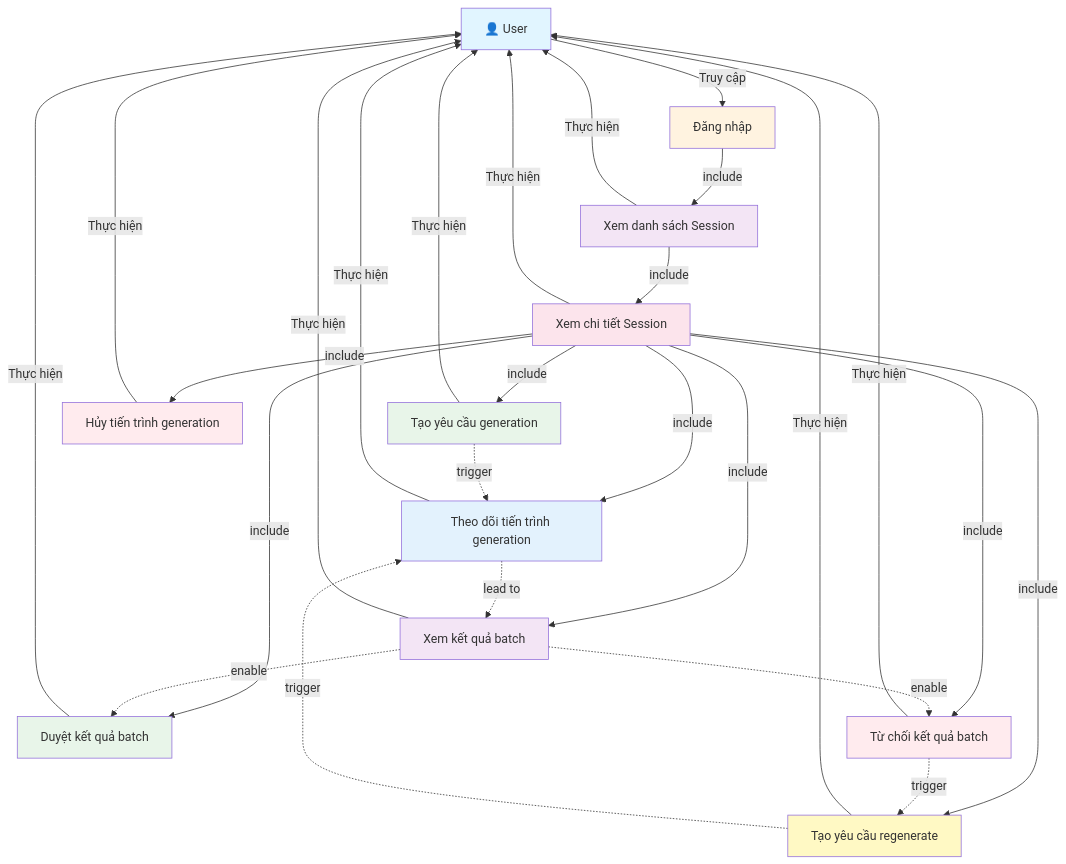
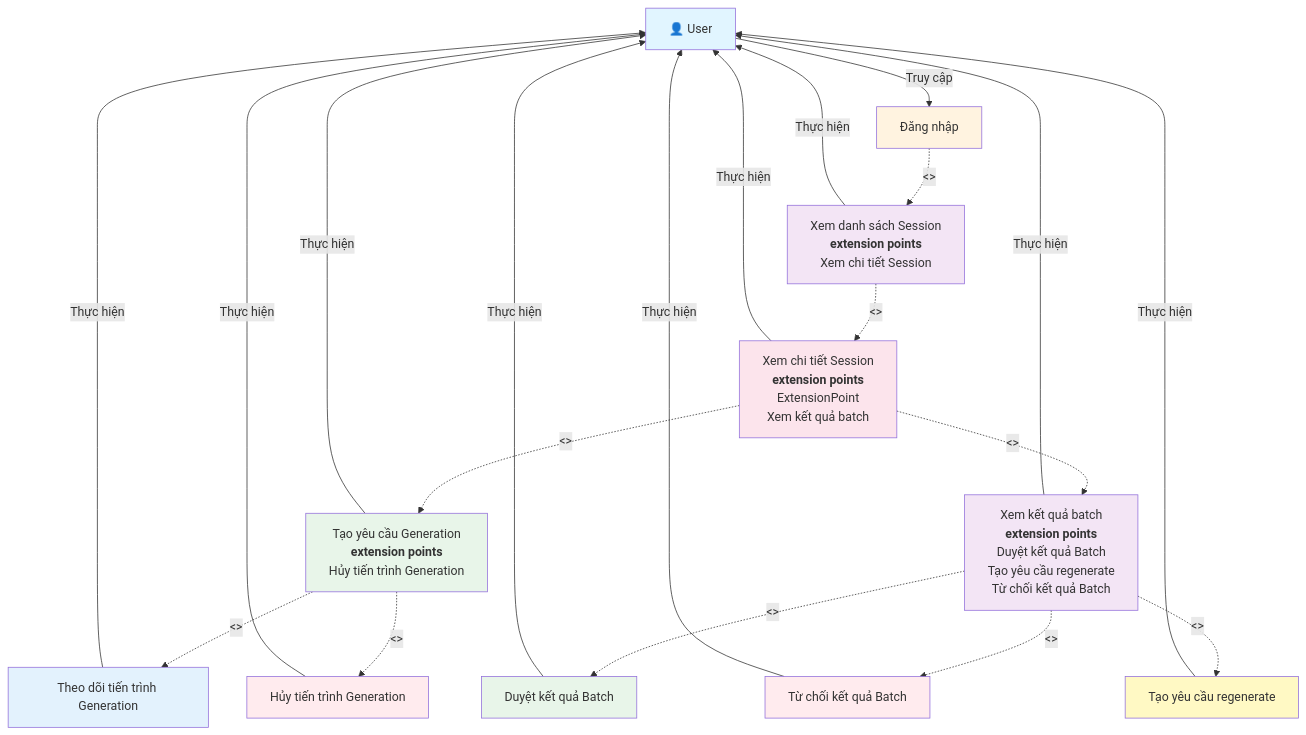
Before and after one commit to mduc-2610/gp_doc: the diagram in generation/1_generation_batch_usecase.md, drawn with Mermaid. The commit also changed other lines of this file and 11 other files, not shown here.

````diff
--- a/generation/1_generation_batch_usecase.md
+++ b/generation/1_generation_batch_usecase.md
@@ -3,62 +3,57 @@
 ```mermaid
 graph TB
     Actor["👤 User"]
     
     Login["Đăng nhập"]
-    ListSessions["Xem danh sách Session"]
-    ViewSessionDetail["Xem chi tiết Session"]
-    CreateGenRequest["Tạo yêu cầu generation"]
-    TrackProgress["Theo dõi tiến trình generation"]
-    CancelProcess["Hủy tiến trình generation"]
-    ViewBatchResult["Xem kết quả batch"]
-    ApproveBatch["Duyệt kết quả batch"]
-    RejectBatch["Từ chối kết quả batch"]
+    ListSessions["Xem danh sách Session<br/><b>extension points</b><br/>Xem chi tiết Session"]
+    ViewSessionDetail["Xem chi tiết Session<br/><b>extension points</b><br/>ExtensionPoint<br/>Xem kết quả batch"]
+    
+    CreateGenRequest["Tạo yêu cầu Generation<br/><b>extension points</b><br/>Hủy tiến trình Generation"]
+    TrackProgress["Theo dõi tiến trình Generation"]
+    CancelProcess["Hủy tiến trình Generation"]
+    
+    ViewBatchResult["Xem kết quả batch<br/><b>extension points</b><br/>Duyệt kết quả Batch<br/>Tạo yêu cầu regenerate<br/>Từ chối kết quả Batch"]
+    ApproveBatch["Duyệt kết quả Batch"]
+    RejectBatch["Từ chối kết quả Batch"]
     RegenerateRequest["Tạo yêu cầu regenerate"]
     
     Actor -->|Truy cập| Login
-    Login -->|include| ListSessions
+    Login -.->|<<Include>>| ListSessions
     ListSessions -->|Thực hiện| Actor
     
-    ListSessions -->|include| ViewSessionDetail
+    ListSessions -.->|<<Extend>>| ViewSessionDetail
     ViewSessionDetail -->|Thực hiện| Actor
     
-    ViewSessionDetail -->|include| CreateGenRequest
+    ViewSessionDetail -.->|<<Extend>>| CreateGenRequest
     CreateGenRequest -->|Thực hiện| Actor
     
-    ViewSessionDetail -->|include| TrackProgress
+    CreateGenRequest -.->|<<Include>>| TrackProgress
     TrackProgress -->|Thực hiện| Actor
     
-    ViewSessionDetail -->|include| CancelProcess
+    CreateGenRequest -.->|<<Extend>>| CancelProcess
     CancelProcess -->|Thực hiện| Actor
     
-    ViewSessionDetail -->|include| ViewBatchResult
+    ViewSessionDetail -.->|<<Extend>>| ViewBatchResult
     ViewBatchResult -->|Thực hiện| Actor
     
-    ViewSessionDetail -->|include| ApproveBatch
+    ViewBatchResult -.->|<<Extend>>| ApproveBatch
     ApproveBatch -->|Thực hiện| Actor
     
-    ViewSessionDetail -->|include| RejectBatch
+    ViewBatchResult -.->|<<Extend>>| RejectBatch
     RejectBatch -->|Thực hiện| Actor
     
-    ViewSessionDetail -->|include| RegenerateRequest
+    ViewBatchResult -.->|<<Extend>>| RegenerateRequest
     RegenerateRequest -->|Thực hiện| Actor
-    
-    CreateGenRequest -.->|trigger| TrackProgress
-    TrackProgress -.->|lead to| ViewBatchResult
-    ViewBatchResult -.->|enable| ApproveBatch
-    ViewBatchResult -.->|enable| RejectBatch
-    RejectBatch -.->|trigger| RegenerateRequest
-    RegenerateRequest -.->|trigger| TrackProgress
     
     style Actor fill:#e1f5ff
     style Login fill:#fff3e0
     style ListSessions fill:#f3e5f5
     style ViewSessionDetail fill:#fce4ec
     style CreateGenRequest fill:#e8f5e9
     style TrackProgress fill:#e3f2fd
     style CancelProcess fill:#ffebee
     style ViewBatchResult fill:#f3e5f5
     style ApproveBatch fill:#e8f5e9
     style RejectBatch fill:#ffebee
     style RegenerateRequest fill:#fff9c4
 ```
````
